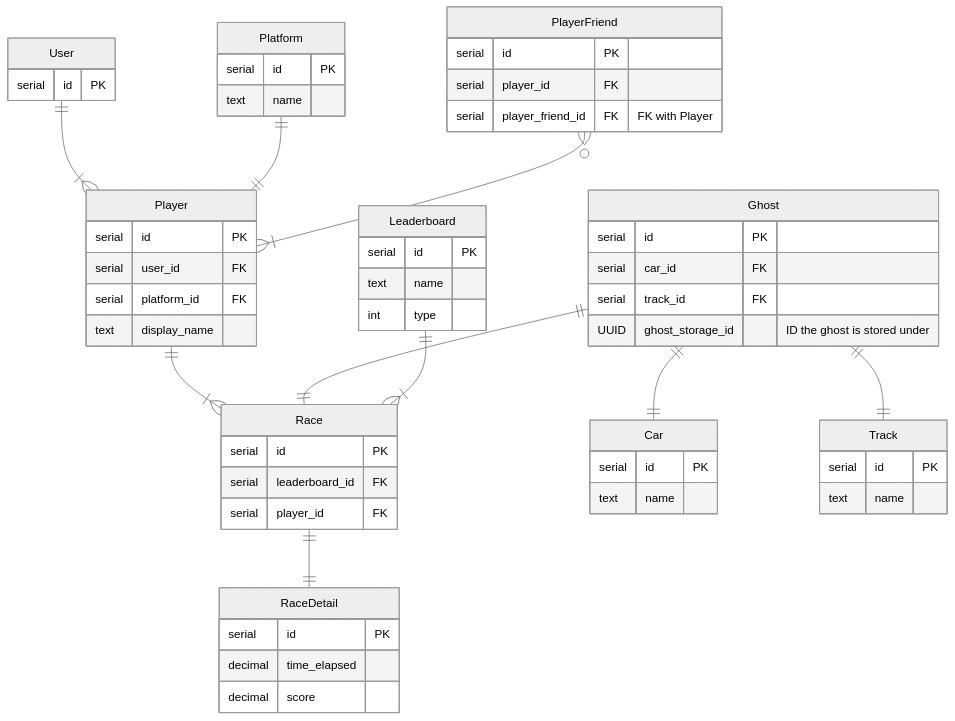
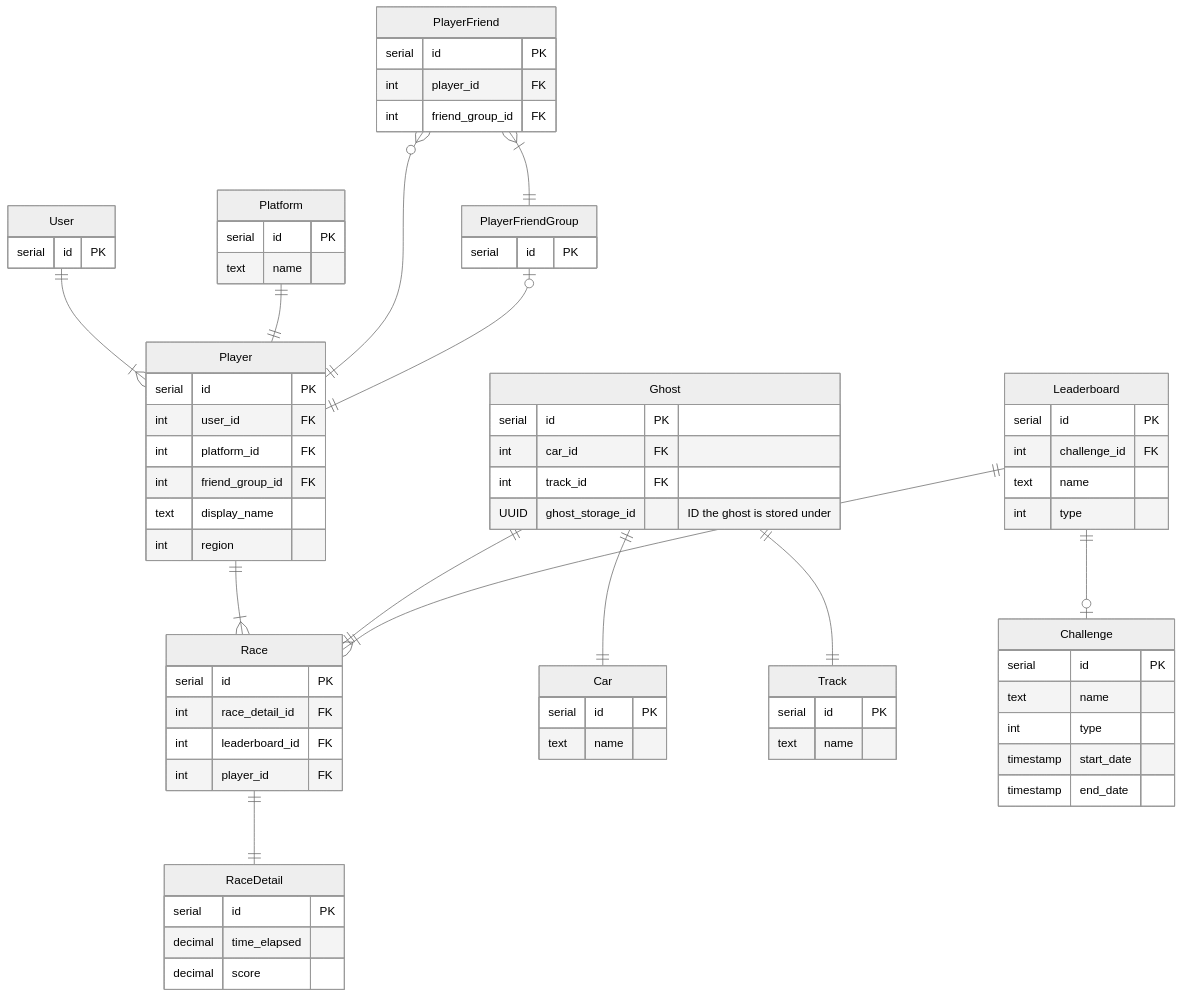
One commit to rick-0/MegaLeaderboard changed the second of 2 diagrams in README.md. Above: the diagram before and after it, drawn with Mermaid.

````diff
--- a/README.md
+++ b/README.md
@@ -74,61 +74,78 @@
 ``` mermaid
 %%{init: {'theme':'neutral'}}%%
 erDiagram
     User ||--|{ Player : ""
     Player ||--|{ Race : ""
     Platform ||--|| Player : ""
-    PlayerFriend }o--|{ Player : ""
+    PlayerFriend }o--|| Player : ""
+    PlayerFriendGroup |o--|| Player : ""
+    PlayerFriend }|--|| PlayerFriendGroup : ""
     Ghost ||--|| Race : ""
     Race ||--|| RaceDetail : ""
     Ghost ||--|| Car : ""
     Ghost ||--|| Track : ""
-    Leaderboard ||--|{ Race : ""   
+    Leaderboard ||--|{ Race : ""
+    Leaderboard ||--o| Challenge : ""
 
     User {
         serial id PK
     }
     Player {
         serial id PK
-        serial user_id FK
-        serial platform_id FK
+        int user_id FK
+        int platform_id FK
+        int friend_group_id FK
         text display_name
+	    int region
     }
     Platform {
         serial id PK
         text name
     }
+    PlayerFriendGroup {
+        serial id PK
+    }
     PlayerFriend {
         serial id PK
-        serial player_id FK
-        serial player_friend_id FK "FK with Player"
+        int player_id FK
+        int friend_group_id FK
     }
     Ghost {
         serial id PK
-        serial car_id FK
-        serial track_id FK
+        int car_id FK
+        int track_id FK
         UUID ghost_storage_id "ID the ghost is stored under"
     }
     RaceDetail {
         serial id PK
         decimal time_elapsed
         decimal score
     }
     Race {
         serial id PK
-        serial leaderboard_id FK
-        serial player_id FK
+        int race_detail_id FK
+        int leaderboard_id FK
+        int player_id FK
     }
     Car {
         serial id PK
         text name
     }
     Track {
         serial id PK
         text name
     }
     Leaderboard {
         serial id PK
+        int challenge_id FK
         text name
         int type
     }
+    Challenge {
+        serial id PK
+        text name
+        int type
+        timestamp start_date
+        timestamp end_date
+    }
 ```
````
